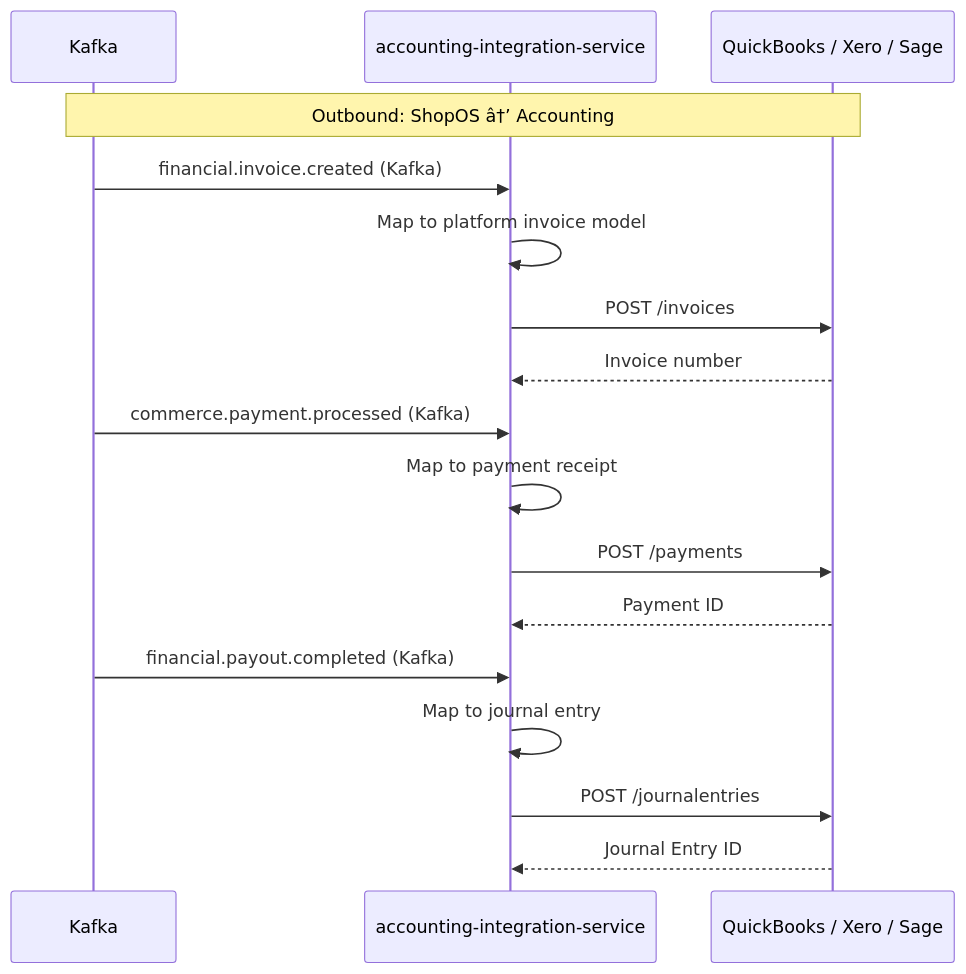
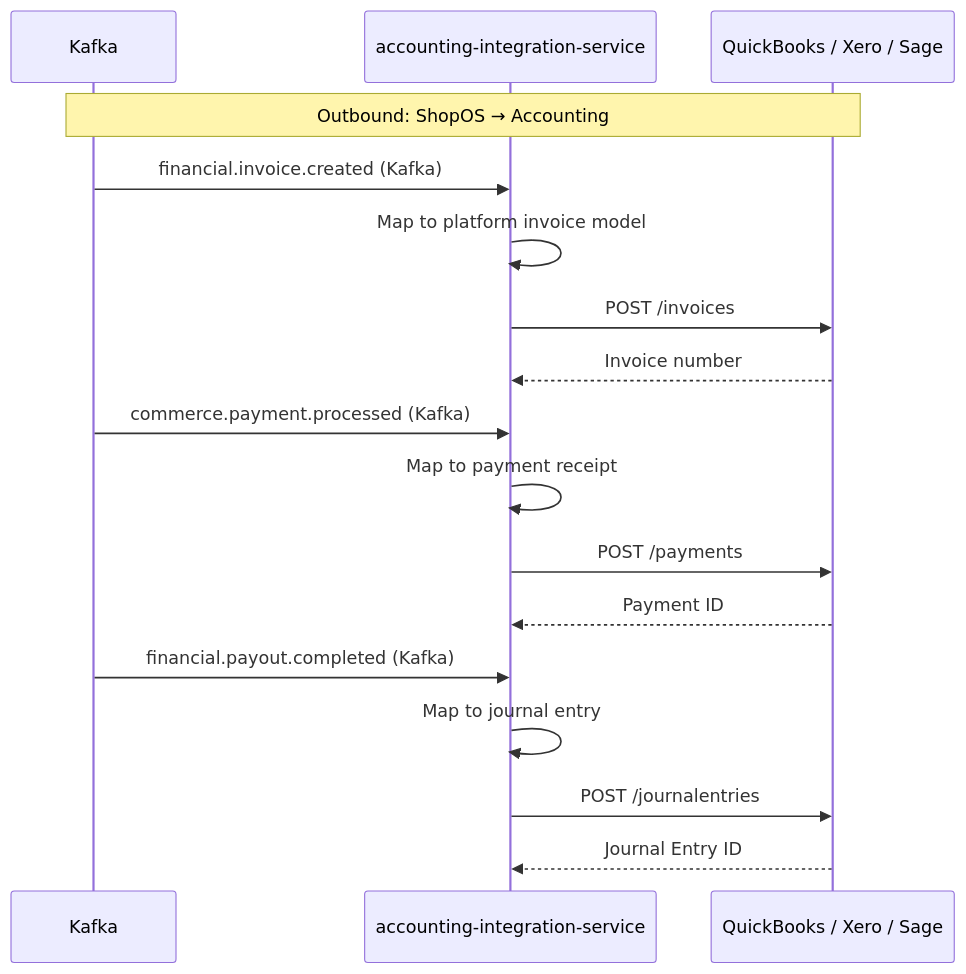
Before and after one commit to prabhat-roy/ShopOS: the diagram in src/integrations/accounting-integration-service/README.md, drawn with Mermaid. The commit also changed other lines of this file and 2221 other files, not shown here.

````diff
--- a/src/integrations/accounting-integration-service/README.md
+++ b/src/integrations/accounting-integration-service/README.md
@@ -11,22 +11,22 @@
 ```mermaid
 sequenceDiagram
     participant K as Kafka
     participant AI as accounting-integration-service
     participant QBO as QuickBooks / Xero / Sage
 
-    Note over K,QBO: Outbound: ShopOS â†’ Accounting
+    Note over K,QBO: Outbound: ShopOS → Accounting
     K->>AI: financial.invoice.created (Kafka)
     AI->>AI: Map to platform invoice model
     AI->>QBO: POST /invoices
     QBO-->>AI: Invoice number
 
     K->>AI: commerce.payment.processed (Kafka)
     AI->>AI: Map to payment receipt
     AI->>QBO: POST /payments
     QBO-->>AI: Payment ID
 
     K->>AI: financial.payout.completed (Kafka)
     AI->>AI: Map to journal entry
     AI->>QBO: POST /journalentries
     QBO-->>AI: Journal Entry ID
 ```
````
